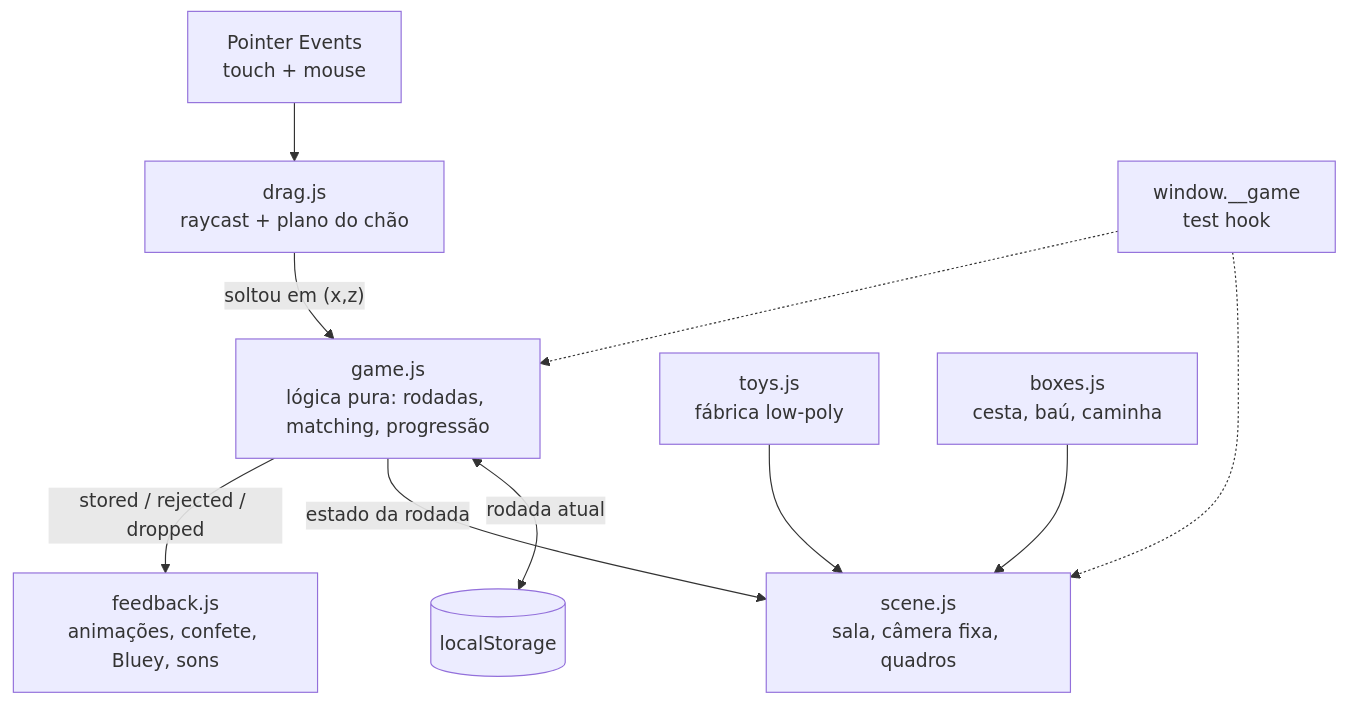
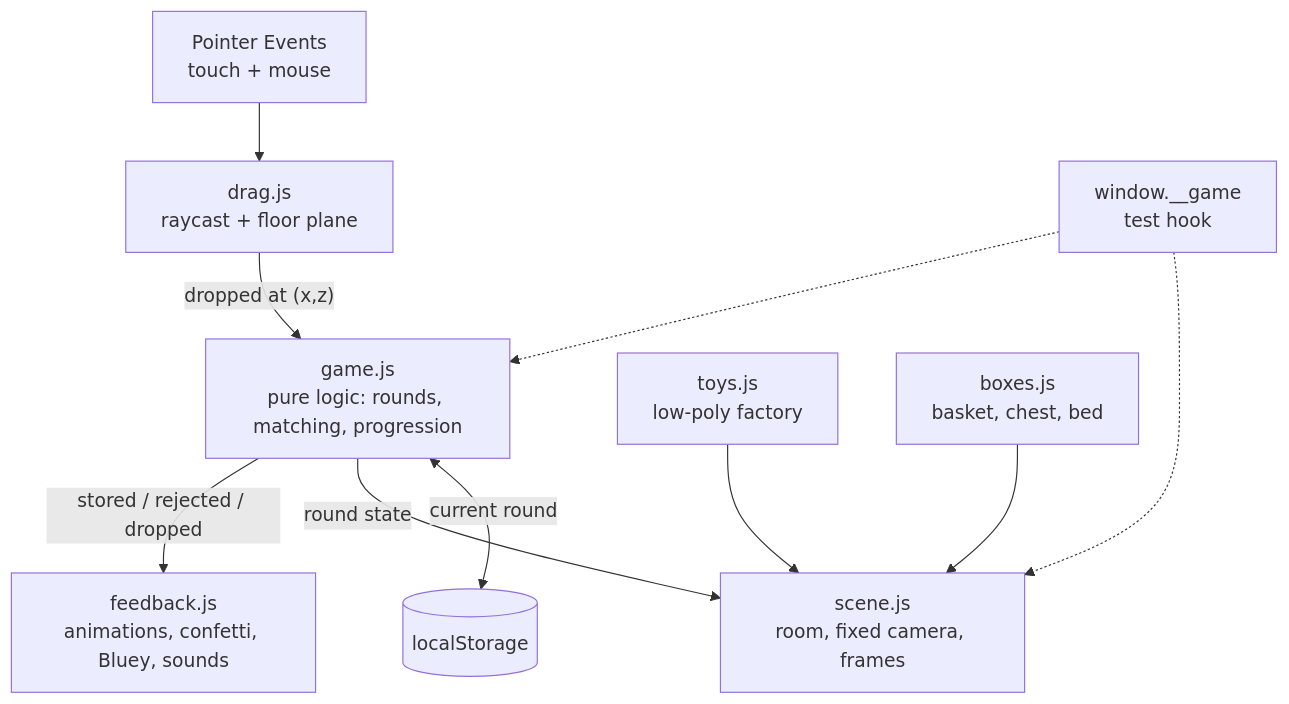
The diagram in .specs/features/hora-de-guardar/design.md (renatodts/bluey-kids-game), drawn with Mermaid before and after one commit. The commit also changed other lines of this file and 32 other files, not shown here.

````diff
--- a/.specs/features/hora-de-guardar/design.md
+++ b/.specs/features/hora-de-guardar/design.md
@@ -14,12 +14,12 @@
 ```mermaid
 graph TD
-    P[Pointer Events<br>touch + mouse] --> D[drag.js<br>raycast + plano do chão]
-    D -->|"soltou em (x,z)"| G[game.js<br>lógica pura: rodadas, matching, progressão]
-    G -->|stored / rejected / dropped| F[feedback.js<br>animações, confete, Bluey, sons]
-    G -->|estado da rodada| S[scene.js<br>sala, câmera fixa, quadros]
-    T[toys.js<br>fábrica low-poly] --> S
-    B[boxes.js<br>cesta, baú, caminha] --> S
-    G <-->|rodada atual| LS[(localStorage)]
+    P[Pointer Events<br>touch + mouse] --> D[drag.js<br>raycast + floor plane]
+    D -->|"dropped at (x,z)"| G[game.js<br>pure logic: rounds, matching, progression]
+    G -->|stored / rejected / dropped| F[feedback.js<br>animations, confetti, Bluey, sounds]
+    G -->|round state| S[scene.js<br>room, fixed camera, frames]
+    T[toys.js<br>low-poly factory] --> S
+    B[boxes.js<br>basket, chest, bed] --> S
+    G <-->|current round| LS[(localStorage)]
     W[window.__game<br>test hook] -.-> G
     W -.-> S
 ```
````
